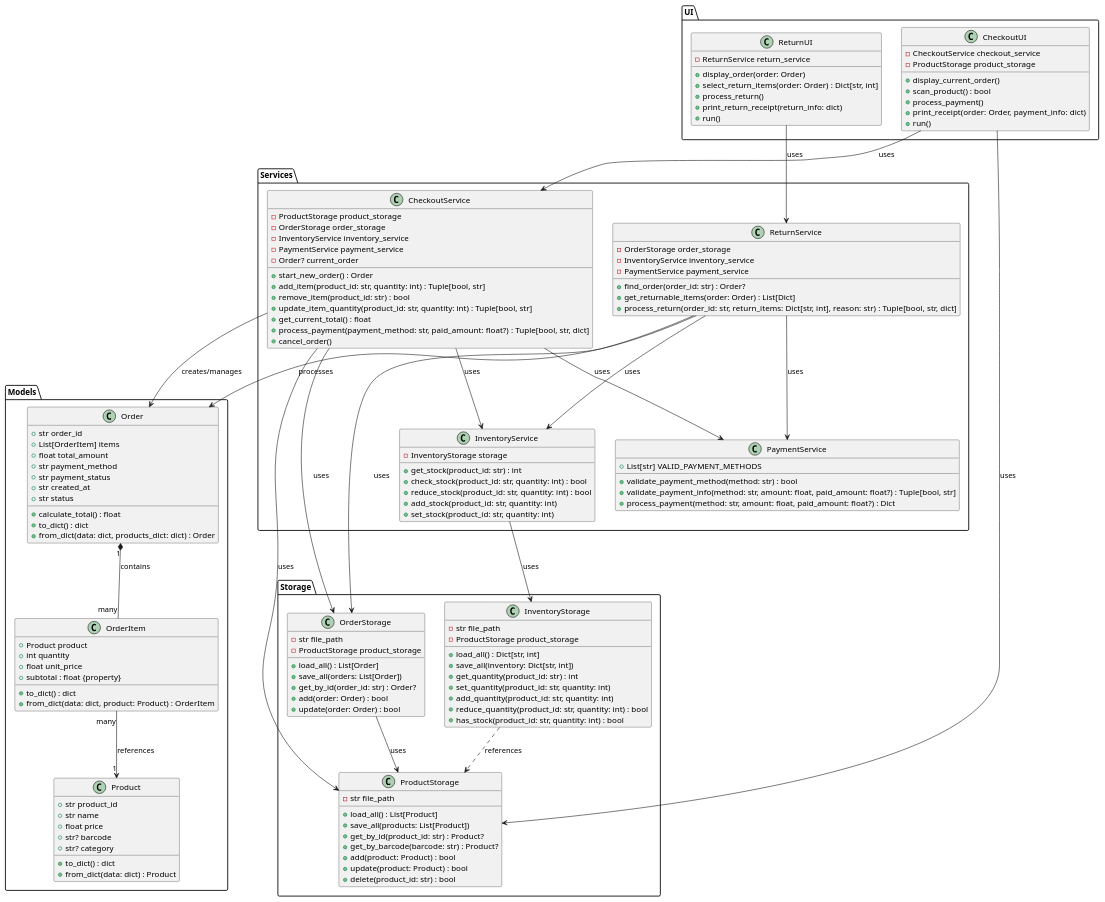
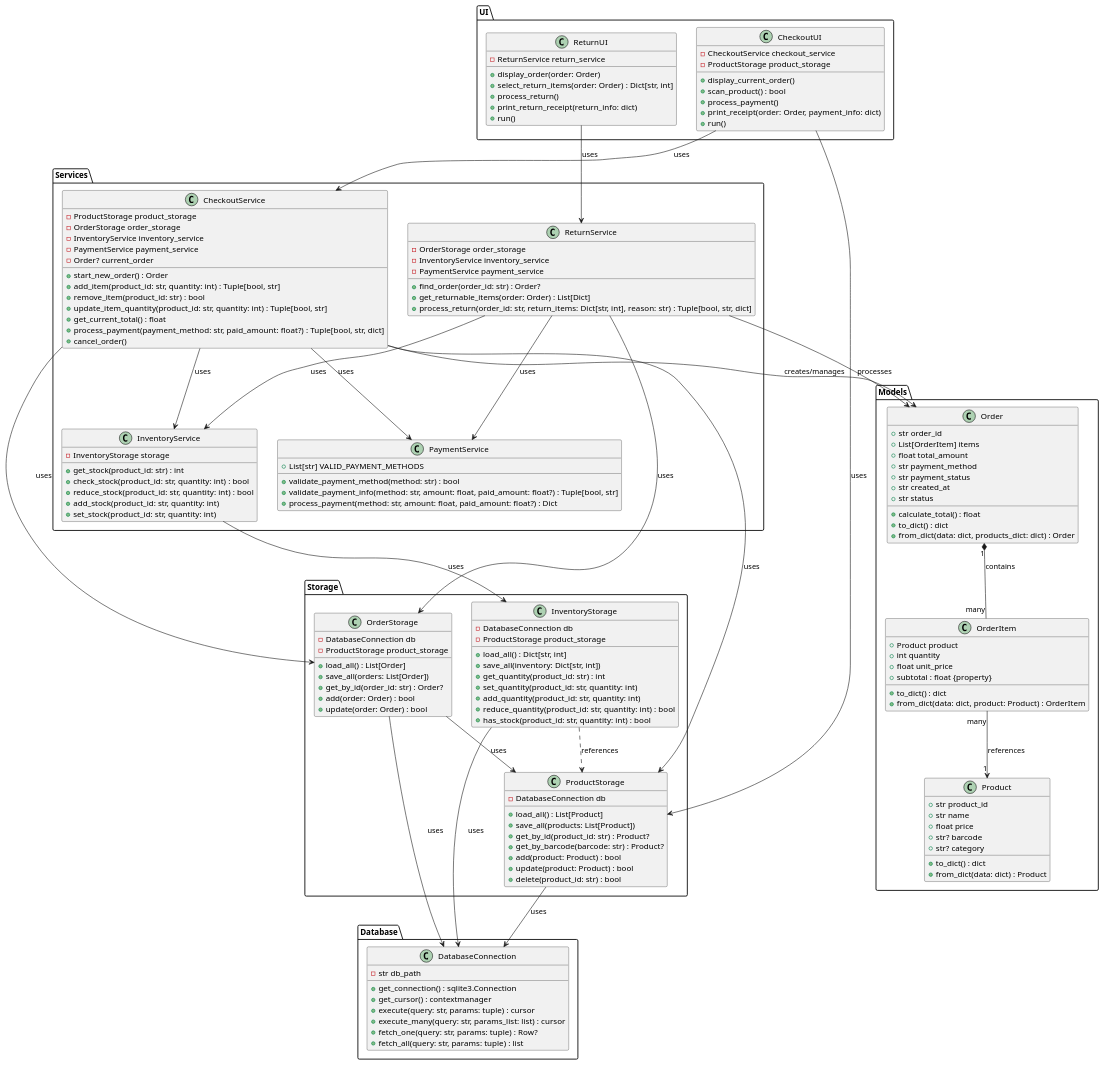
Before and after one commit to xiaofeijie/POS_System: the diagram in UML_Class_Diagram.puml, drawn with PlantUML. The commit also changed 16 other files, not shown here.

First line of the commit message:
Upgrade to SQLite database system and update UML diagrams

```diff
--- a/UML_Class_Diagram.puml
+++ b/UML_Class_Diagram.puml
@@ -1,164 +1,180 @@
 @startuml POS System Class Diagram
 
 ' Models Layer
 package "Models" {
     class Product {
         +str product_id
         +str name
         +float price
         +str? barcode
         +str? category
         +to_dict() : dict
         +from_dict(data: dict) : Product
     }
     
     class Order {
         +str order_id
         +List[OrderItem] items
         +float total_amount
         +str payment_method
         +str payment_status
         +str created_at
         +str status
         +calculate_total() : float
         +to_dict() : dict
         +from_dict(data: dict, products_dict: dict) : Order
     }
     
     class OrderItem {
         +Product product
         +int quantity
         +float unit_price
         +subtotal : float {property}
         +to_dict() : dict
         +from_dict(data: dict, product: Product) : OrderItem
     }
 }
 
 ' Services Layer
 package "Services" {
     class CheckoutService {
         -ProductStorage product_storage
         -OrderStorage order_storage
         -InventoryService inventory_service
         -PaymentService payment_service
         -Order? current_order
         +start_new_order() : Order
         +add_item(product_id: str, quantity: int) : Tuple[bool, str]
         +remove_item(product_id: str) : bool
         +update_item_quantity(product_id: str, quantity: int) : Tuple[bool, str]
         +get_current_total() : float
         +process_payment(payment_method: str, paid_amount: float?) : Tuple[bool, str, dict]
         +cancel_order()
     }
     
     class ReturnService {
         -OrderStorage order_storage
         -InventoryService inventory_service
         -PaymentService payment_service
         +find_order(order_id: str) : Order?
         +get_returnable_items(order: Order) : List[Dict]
         +process_return(order_id: str, return_items: Dict[str, int], reason: str) : Tuple[bool, str, dict]
     }
     
     class InventoryService {
         -InventoryStorage storage
         +get_stock(product_id: str) : int
         +check_stock(product_id: str, quantity: int) : bool
         +reduce_stock(product_id: str, quantity: int) : bool
         +add_stock(product_id: str, quantity: int)
         +set_stock(product_id: str, quantity: int)
     }
     
     class PaymentService {
         +List[str] VALID_PAYMENT_METHODS
         +validate_payment_method(method: str) : bool
         +validate_payment_info(method: str, amount: float, paid_amount: float?) : Tuple[bool, str]
         +process_payment(method: str, amount: float, paid_amount: float?) : Dict
     }
 }
 
+' Database Layer
+package "Database" {
+    class DatabaseConnection {
+        -str db_path
+        +get_connection() : sqlite3.Connection
+        +get_cursor() : contextmanager
+        +execute(query: str, params: tuple) : cursor
+        +execute_many(query: str, params_list: list) : cursor
+        +fetch_one(query: str, params: tuple) : Row?
+        +fetch_all(query: str, params: tuple) : list
+    }
+}
+
 ' Storage Layer
 package "Storage" {
     class ProductStorage {
-        -str file_path
+        -DatabaseConnection db
         +load_all() : List[Product]
         +save_all(products: List[Product])
         +get_by_id(product_id: str) : Product?
         +get_by_barcode(barcode: str) : Product?
         +add(product: Product) : bool
         +update(product: Product) : bool
         +delete(product_id: str) : bool
     }
     
     class OrderStorage {
-        -str file_path
+        -DatabaseConnection db
         -ProductStorage product_storage
         +load_all() : List[Order]
         +save_all(orders: List[Order])
         +get_by_id(order_id: str) : Order?
         +add(order: Order) : bool
         +update(order: Order) : bool
     }
     
     class InventoryStorage {
-        -str file_path
+        -DatabaseConnection db
         -ProductStorage product_storage
         +load_all() : Dict[str, int]
         +save_all(inventory: Dict[str, int])
         +get_quantity(product_id: str) : int
         +set_quantity(product_id: str, quantity: int)
         +add_quantity(product_id: str, quantity: int)
         +reduce_quantity(product_id: str, quantity: int) : bool
         +has_stock(product_id: str, quantity: int) : bool
     }
 }
 
 ' UI Layer
 package "UI" {
     class CheckoutUI {
         -CheckoutService checkout_service
         -ProductStorage product_storage
         +display_current_order()
         +scan_product() : bool
         +process_payment()
         +print_receipt(order: Order, payment_info: dict)
         +run()
     }
     
     class ReturnUI {
         -ReturnService return_service
         +display_order(order: Order)
         +select_return_items(order: Order) : Dict[str, int]
         +process_return()
         +print_return_receipt(return_info: dict)
         +run()
     }
 }
 
 ' Relationships
 Order "1" *-- "many" OrderItem : contains
 OrderItem "many" --> "1" Product : references
 
 CheckoutService --> ProductStorage : uses
 CheckoutService --> OrderStorage : uses
 CheckoutService --> InventoryService : uses
 CheckoutService --> PaymentService : uses
 CheckoutService --> Order : creates/manages
 
 ReturnService --> OrderStorage : uses
 ReturnService --> InventoryService : uses
 ReturnService --> PaymentService : uses
 ReturnService --> Order : processes
 
 InventoryService --> InventoryStorage : uses
 
+ProductStorage --> DatabaseConnection : uses
+OrderStorage --> DatabaseConnection : uses
 OrderStorage --> ProductStorage : uses
+InventoryStorage --> DatabaseConnection : uses
 InventoryStorage ..> ProductStorage : references
 
 CheckoutUI --> CheckoutService : uses
 CheckoutUI --> ProductStorage : uses
 
 ReturnUI --> ReturnService : uses
 
 @enduml
```
